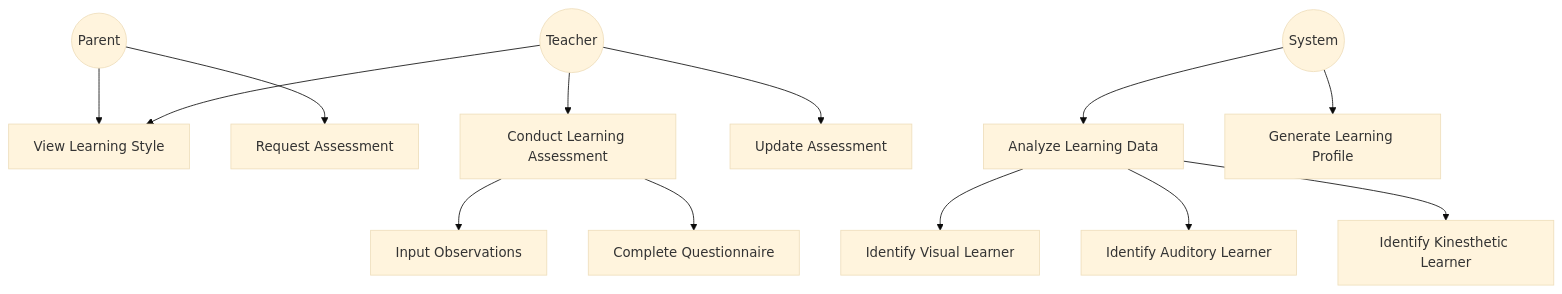
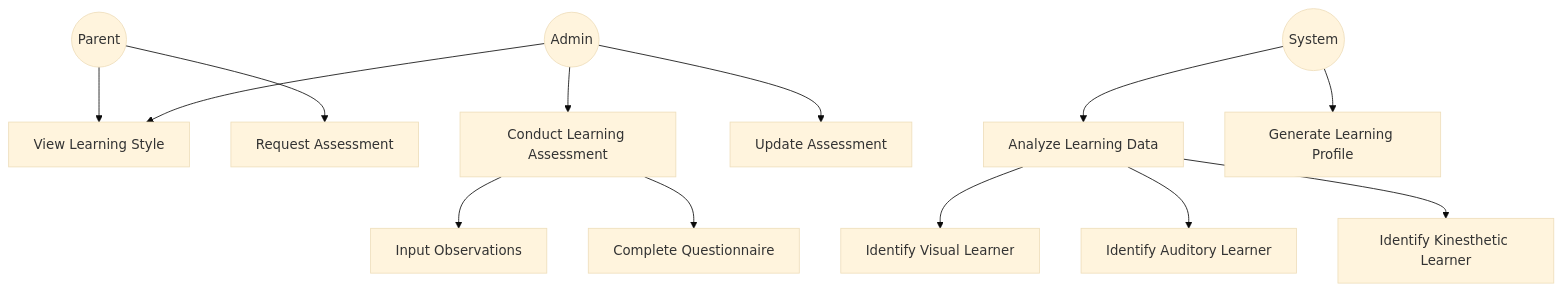
Before and after one commit to TongYwen/childfyp5: the fifth of 18 diagrams in diagrams.md, drawn with Mermaid (base theme). The commit also changed other lines of this file, not shown here.

First line of the commit message:
Update diagrams to remove Teacher role

````diff
--- a/diagrams.md
+++ b/diagrams.md
@@ -95,22 +87,22 @@
 ```mermaid
 graph TD
     Parent((Parent))
-    Teacher((Teacher))
+    Admin((Admin))
     System((System))
 
     Parent --> ViewLearningStyle[View Learning Style]
     Parent --> RequestAssessment[Request Assessment]
 
-    Teacher --> ConductAssessment[Conduct Learning Assessment]
-    Teacher --> ViewLearningStyle
-    Teacher --> UpdateAssessment[Update Assessment]
+    Admin --> ConductAssessment[Conduct Learning Assessment]
+    Admin --> ViewLearningStyle
+    Admin --> UpdateAssessment[Update Assessment]
 
     ConductAssessment --> InputObservations[Input Observations]
     ConductAssessment --> CompleteQuestionnaire[Complete Questionnaire]
 
     System --> AnalyzeData[Analyze Learning Data]
     System --> GenerateProfile[Generate Learning Profile]
     AnalyzeData --> IdentifyVisual[Identify Visual Learner]
     AnalyzeData --> IdentifyAuditory[Identify Auditory Learner]
     AnalyzeData --> IdentifyKinesthetic[Identify Kinesthetic Learner]
 ```
````
